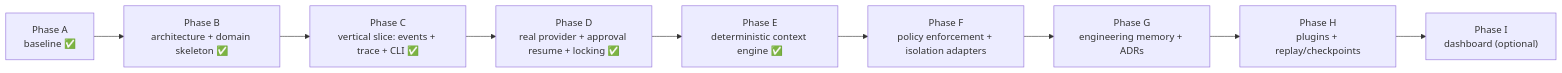
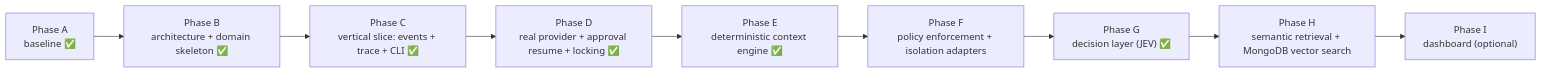
Diagram 12 of 14 in docs/architecture/V2-ARCHITECTURE.md (siavash-debug/ai-coding-base), drawn with Mermaid before and after one commit. The commit also changed other lines of this file and 108 other files, not shown here.

First line of the commit message:
feat: consolidate the decision layer on TypeSafe/JEV and remove Laya

````diff
--- a/docs/architecture/V2-ARCHITECTURE.md
+++ b/docs/architecture/V2-ARCHITECTURE.md
@@ -1835,11 +1835,11 @@
 ```mermaid
 graph LR
   A["Phase A<br/>baseline ✅"] --> B["Phase B<br/>architecture + domain skeleton ✅"]
   B --> C["Phase C<br/>vertical slice: events + trace + CLI ✅"]
   C --> D["Phase D<br/>real provider + approval resume + locking ✅"]
   D --> E["Phase E<br/>deterministic context engine ✅"]
   E --> F["Phase F<br/>policy enforcement + isolation adapters"]
-  F --> G["Phase G<br/>engineering memory + ADRs"]
-  G --> H["Phase H<br/>plugins + replay/checkpoints"]
+  F --> G["Phase G<br/>decision layer (JEV) ✅"]
+  G --> H["Phase H<br/>semantic retrieval + MongoDB vector search"]
   H --> I["Phase I<br/>dashboard (optional)"]
 ```
````
